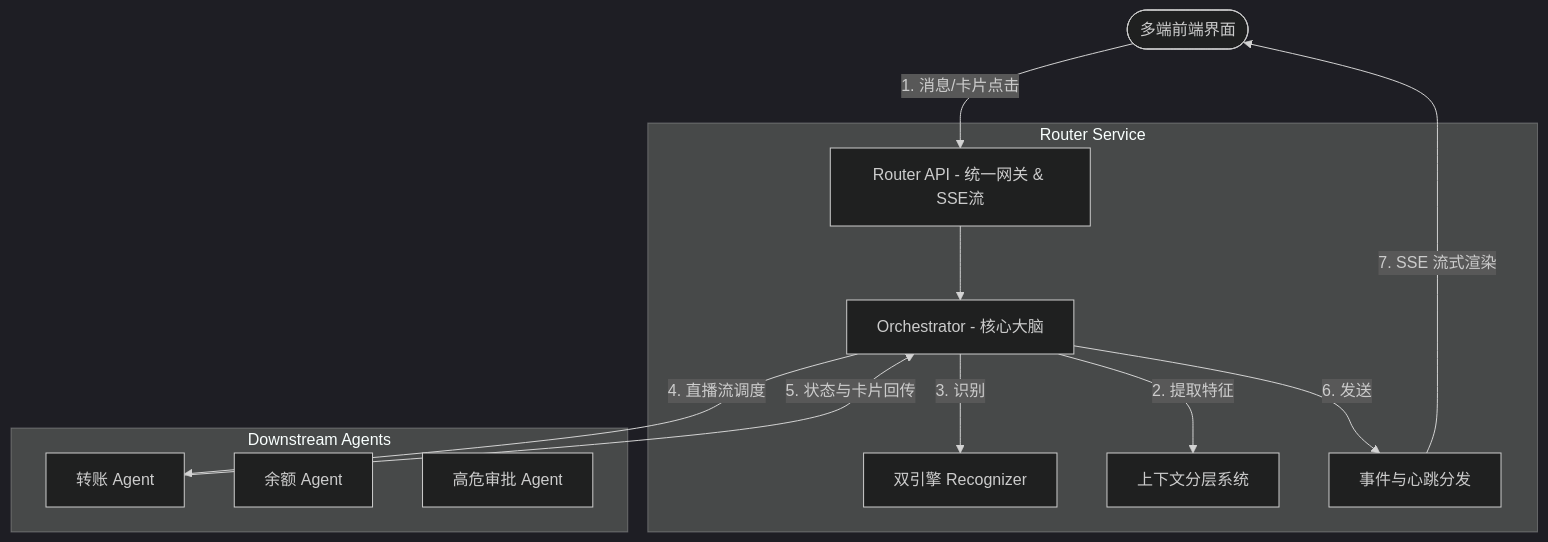
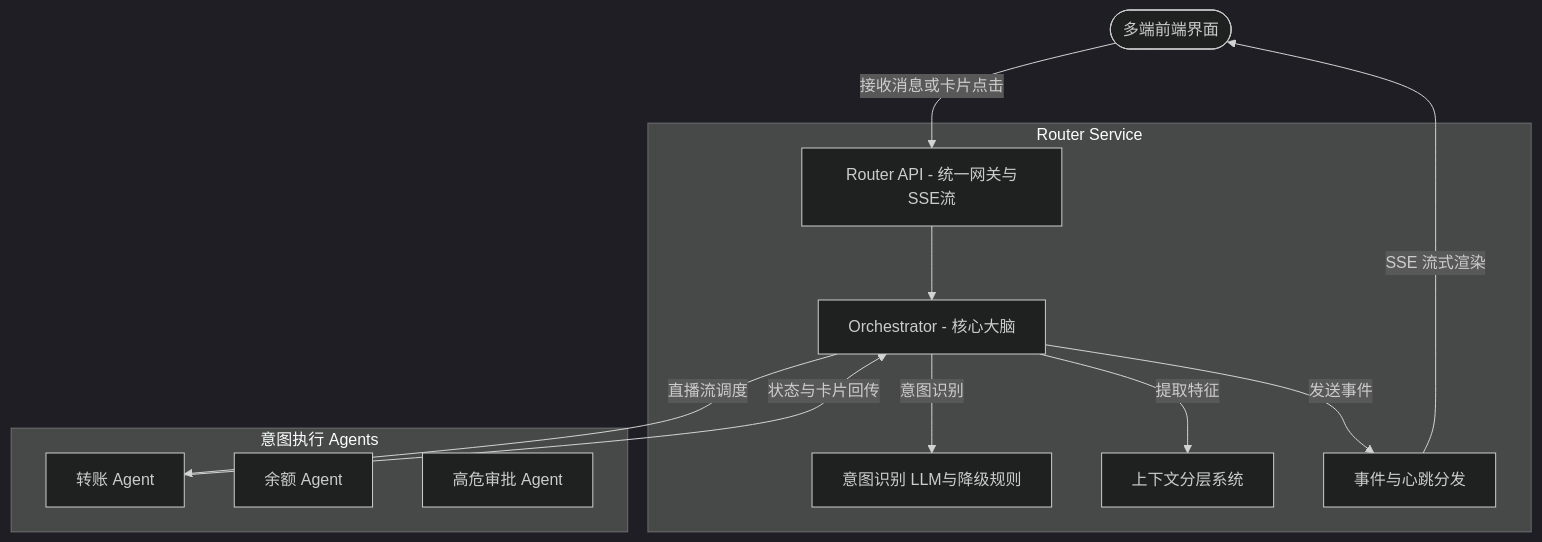
One commit to corelli359/intent-router changed the first of 5 diagrams in docs/intent_router_presentation.md. Above: the diagram before and after it, drawn with Mermaid (dark theme). The commit also changed other lines of this file, not shown here.

Commit message:
意图路由设计更新v0.2

````diff
--- a/docs/intent_router_presentation.md
+++ b/docs/intent_router_presentation.md
@@ -32,25 +35,25 @@
 ```mermaid
 graph TD
     User([多端前端界面])
     subgraph Router Service
-        API[Router API - 统一网关 & SSE流]
+        API[Router API - 统一网关与SSE流]
         Orch[Orchestrator - 核心大脑]
-        Recog[双引擎 Recognizer]
+        Recog[意图识别 LLM与降级规则]
         Ctx[上下文分层系统]
         Broker[事件与心跳分发]
     end
-    subgraph Downstream Agents
+    subgraph 意图执行 Agents
         A1[转账 Agent]
         A2[余额 Agent]
         A3[高危审批 Agent]
     end
 
-    User -->|"1. 消息/卡片点击"| API
+    User -->|接收消息或卡片点击| API
     API --> Orch
-    Orch -->|"2. 提取特征"| Ctx
-    Orch -->|"3. 识别"| Recog
-    Orch -->|"4. 直播流调度"| A1
-    A1 -->|"5. 状态与卡片回传"| Orch
-    Orch -->|"6. 发送"| Broker
-    Broker -->|"7. SSE 流式渲染"| User
+    Orch -->|提取特征| Ctx
+    Orch -->|意图识别| Recog
+    Orch -->|直播流调度| A1
+    A1 -->|状态与卡片回传| Orch
+    Orch -->|发送事件| Broker
+    Broker -->|SSE 流式渲染| User
 ```
````
